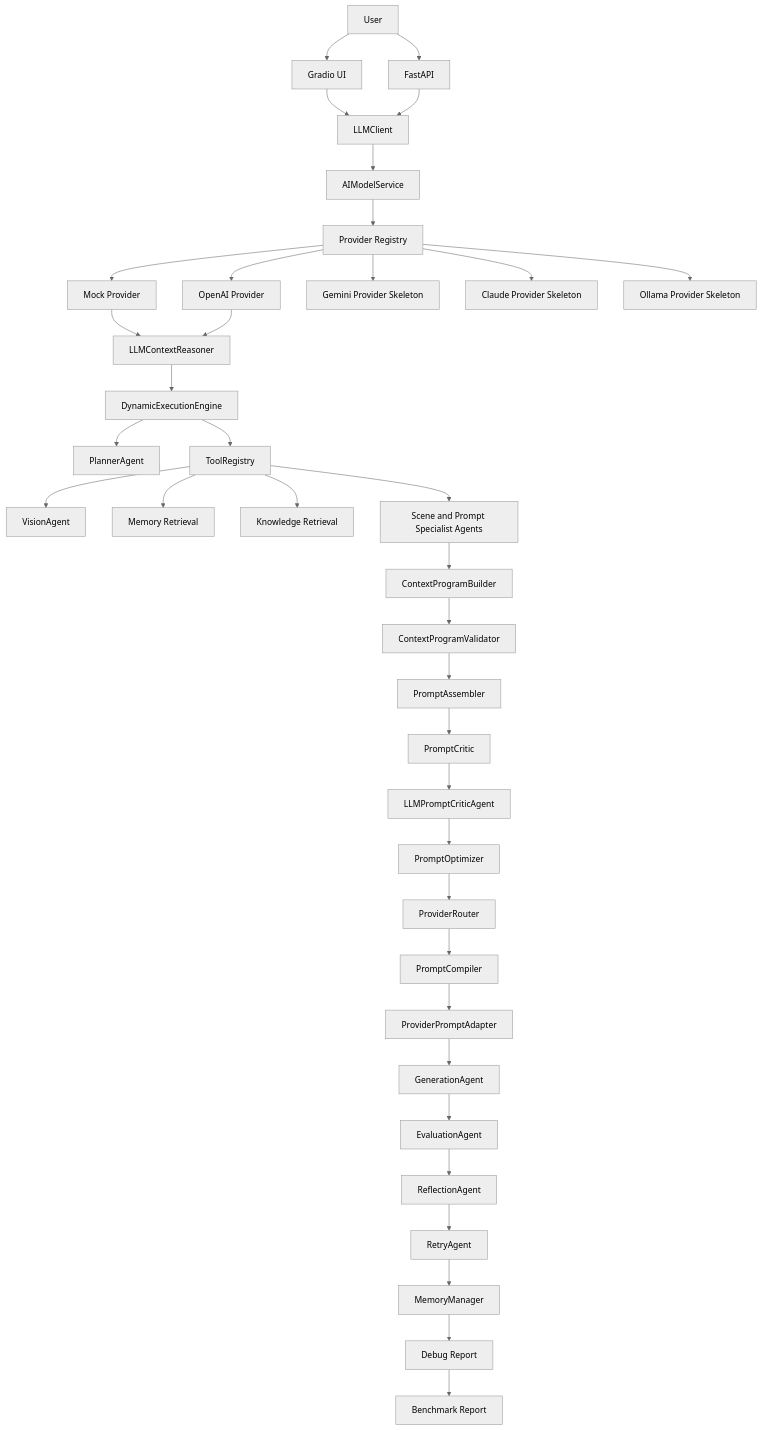
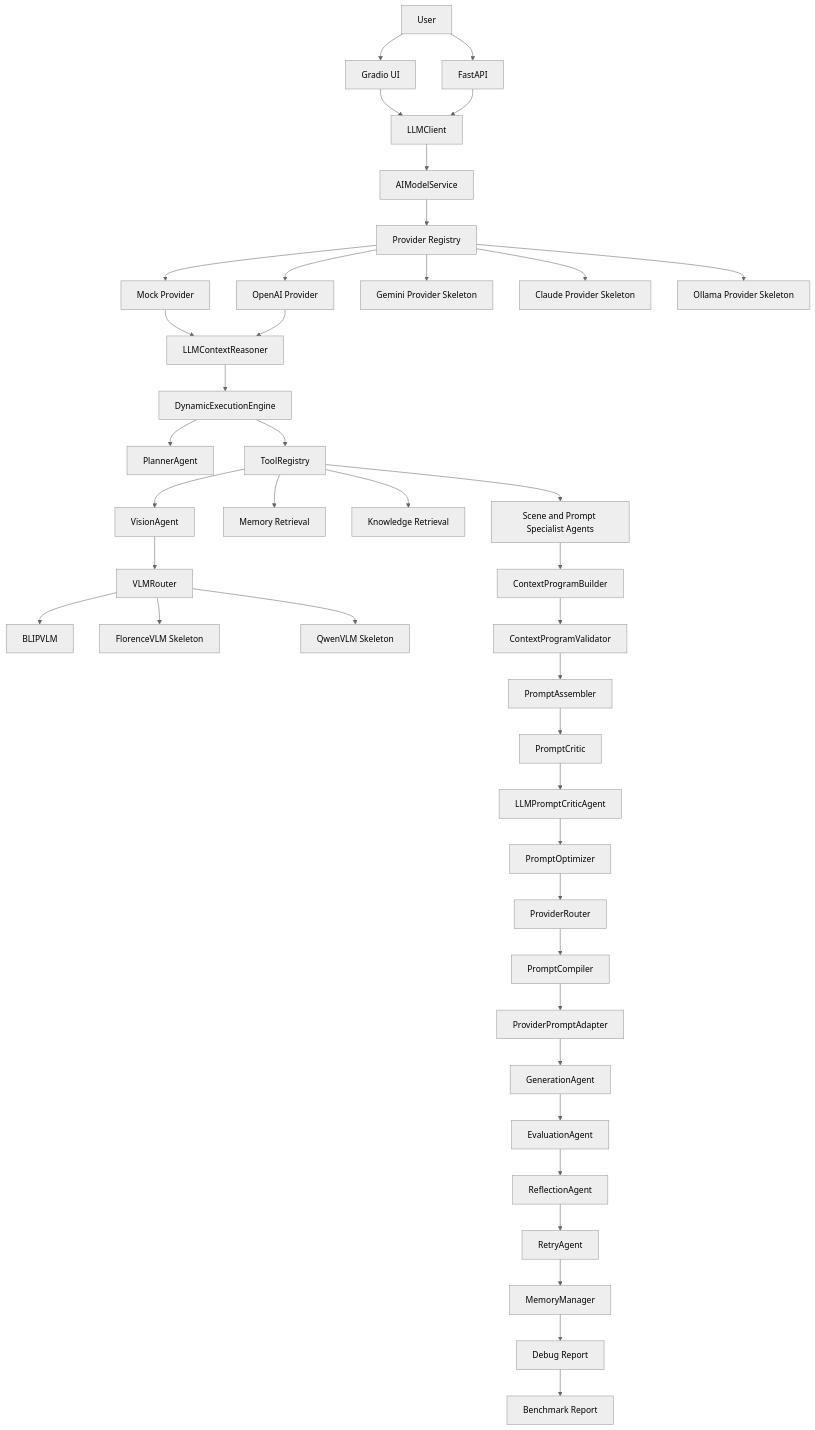
Before and after one commit to wooyybb/multimodal-ai-agent-playground: the diagram in docs/architecture.md, drawn with Mermaid (neutral theme). The commit also changed other lines of this file and 17 other files, not shown here.

````diff
--- a/docs/architecture.md
+++ b/docs/architecture.md
@@ -63,39 +65,43 @@
 ```mermaid
 flowchart TD
     U[User] --> UI[Gradio UI]
     U --> API[FastAPI]
     UI --> LC[LLMClient]
     API --> LC
     LC --> AMS[AIModelService]
     AMS --> REG[Provider Registry]
     REG --> ML[Mock Provider]
     REG --> OAI[OpenAI Provider]
     REG --> GEM[Gemini Provider Skeleton]
     REG --> CLA[Claude Provider Skeleton]
     REG --> OLL[Ollama Provider Skeleton]
     ML --> LR[LLMContextReasoner]
     OAI --> LR
     LR --> E[DynamicExecutionEngine]
     E --> P[PlannerAgent]
     E --> R[ToolRegistry]
     R --> V[VisionAgent]
+    V --> VR[VLMRouter]
+    VR --> BLIP[BLIPVLM]
+    VR --> FLO[FlorenceVLM Skeleton]
+    VR --> QW[QwenVLM Skeleton]
     R --> M1[Memory Retrieval]
     R --> K[Knowledge Retrieval]
     R --> S[Scene and Prompt Specialist Agents]
     S --> CP[ContextProgramBuilder]
     CP --> CV[ContextProgramValidator]
     CV --> PA[PromptAssembler]
     PA --> PC[PromptCritic]
     PC --> LPC[LLMPromptCriticAgent]
     LPC --> PO[PromptOptimizer]
     PO --> PR[ProviderRouter]
     PR --> PCMP[PromptCompiler]
     PCMP --> PPA[ProviderPromptAdapter]
     PPA --> G[GenerationAgent]
     G --> EV[EvaluationAgent]
     EV --> RF[ReflectionAgent]
     RF --> RT[RetryAgent]
     RT --> MM[MemoryManager]
     MM --> DR[Debug Report]
     DR --> B[Benchmark Report]
 ```
````
